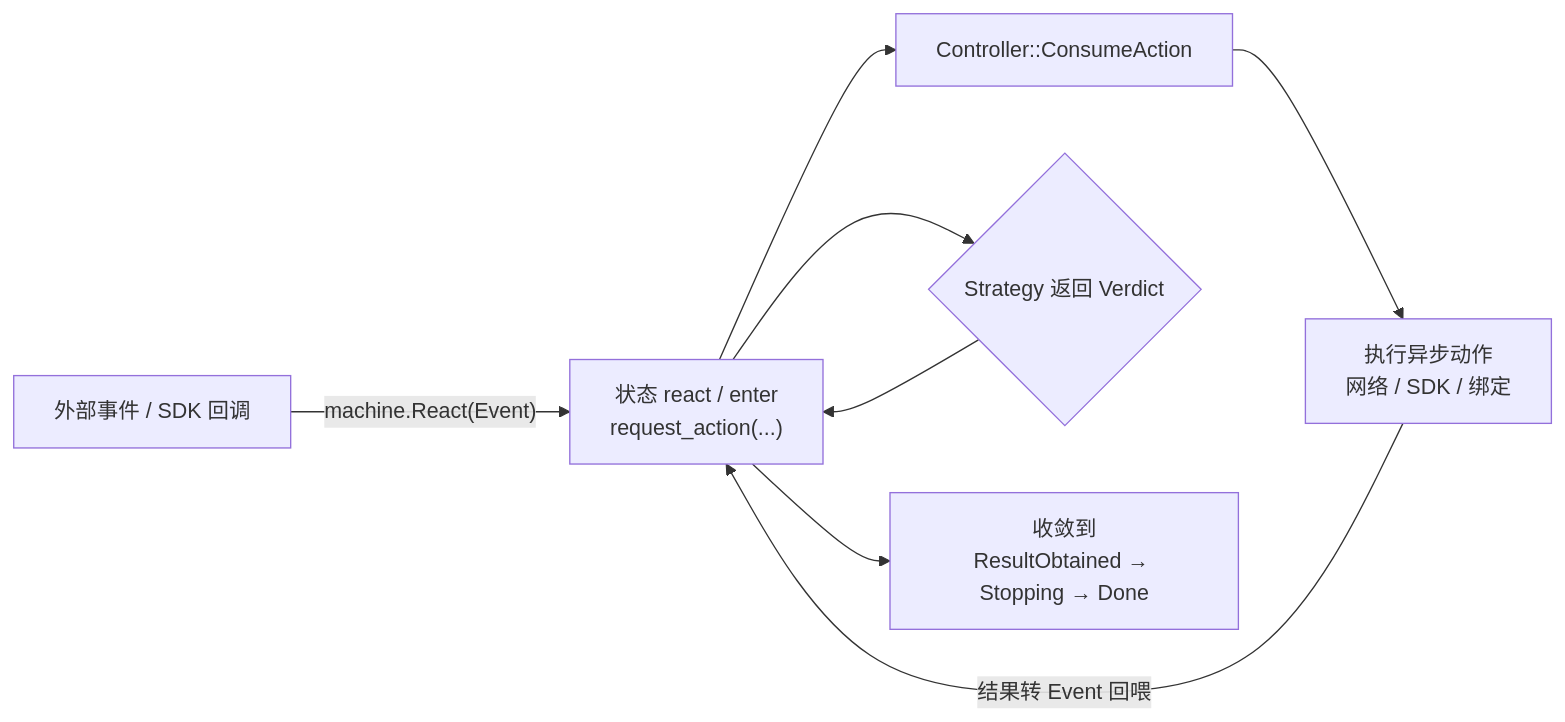
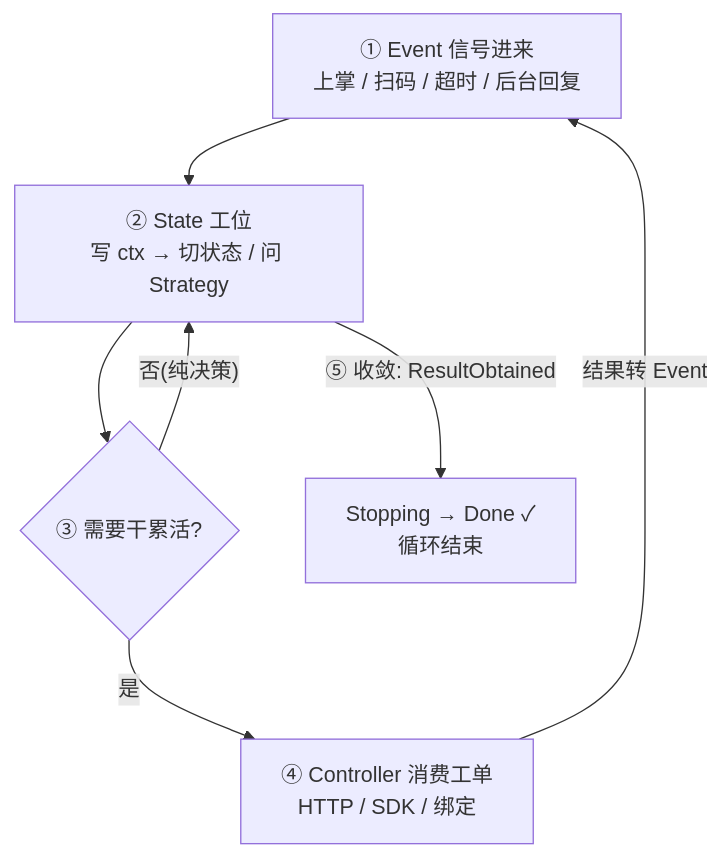
One commit to chongyang211/YCBookBlog changed the first of 4 diagrams in schedule/design/状态机方案设计说明.md. Above: the diagram before and after it, drawn with Mermaid.

Commit message:
信号进来

````diff
--- a/schedule/design/状态机方案设计说明.md
+++ b/schedule/design/状态机方案设计说明.md
@@ -33,10 +33,9 @@
 ```mermaid
-flowchart LR
-    A["外部事件 / SDK 回调"] -->|"machine.React(Event)"| B["状态 react / enter<br/>request_action(...)"]
-    B --> C["Controller::ConsumeAction"]
-    C --> D["执行异步动作<br/>网络 / SDK / 绑定"]
-    D -->|"结果转 Event 回喂"| B
-    B --> E{"Strategy 返回 Verdict"}
-    E --> B
-    B --> F["收敛到<br/>ResultObtained → Stopping → Done"]
+flowchart TB
+    A["① Event 信号进来<br/>上掌 / 扫码 / 超时 / 后台回复"] --> B["② State 工位<br/>写 ctx → 切状态 / 问 Strategy"]
+    B --> C{"③ 需要干累活?"}
+    C -->|"是"| D["④ Controller 消费工单<br/>HTTP / SDK / 绑定"]
+    D -->|"结果转 Event"| A
+    C -->|"否(纯决策)"| B
+    B -->|"⑤ 收敛: ResultObtained"| E["Stopping → Done ✓<br/>循环结束"]
 ```
````
